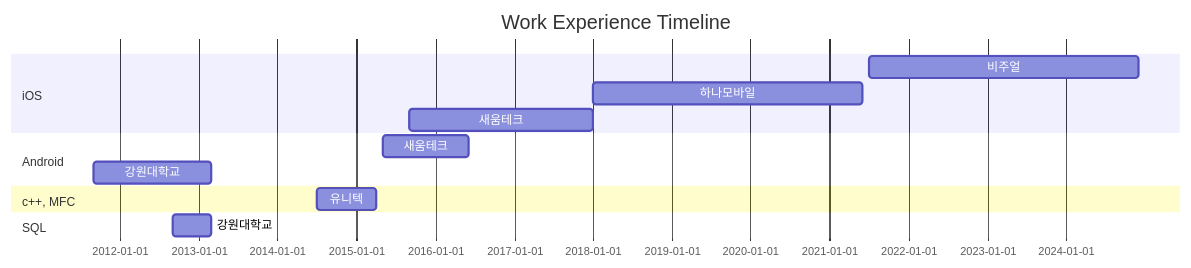
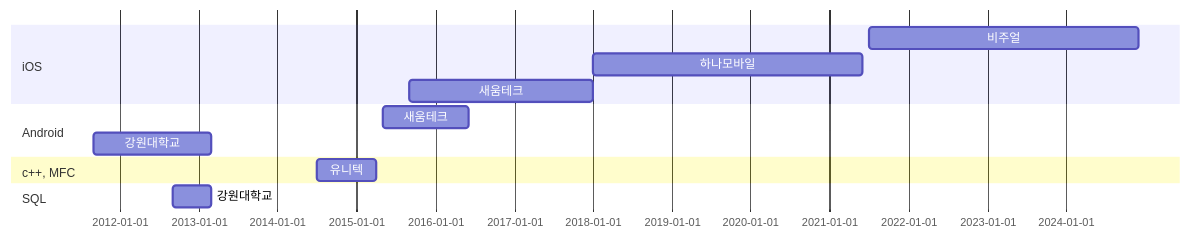
One commit to talq44/resume_portfolio changed the diagram in README.md. Above: the diagram before and after it, drawn with Mermaid. The commit also changed other lines of this file, not shown here.

````diff
--- a/README.md
+++ b/README.md
@@ -25,16 +28,15 @@
 ``` mermaid
 gantt
   dateFormat  YYYY-MM
-  title Work Experience Timeline
   section iOS
   비주얼 :i3, 2021-07, 2024-12
   하나모바일 :i2, 2018-01, 2021-06
   새움테크 :i1, 2015-09, 2018-01
   section Android
   새움테크 :a1, 2015-05, 2016-06
   강원대학교 :a2, 2011-09, 2013-03
   section c++, MFC
   유니텍 : c1, 2014-07, 2015-04
   section SQL
   강원대학교 : s2, 2012-09, 2013-03
 ```
````
